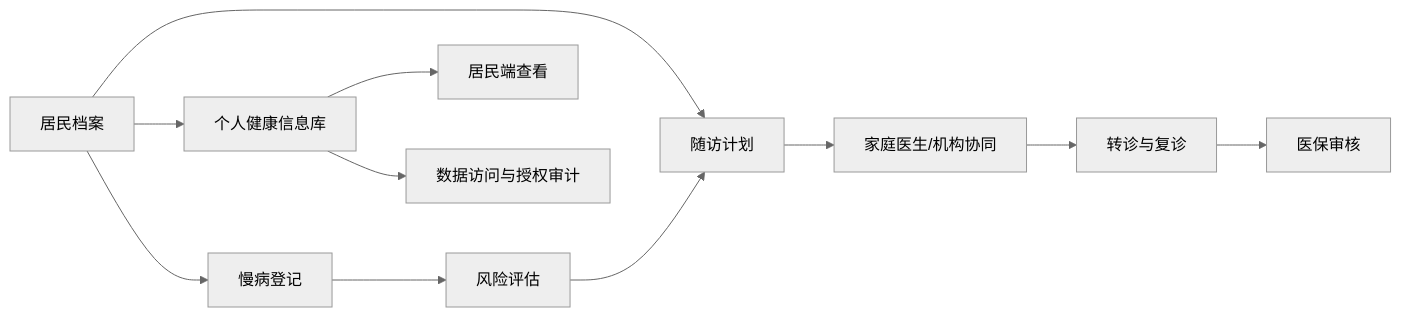
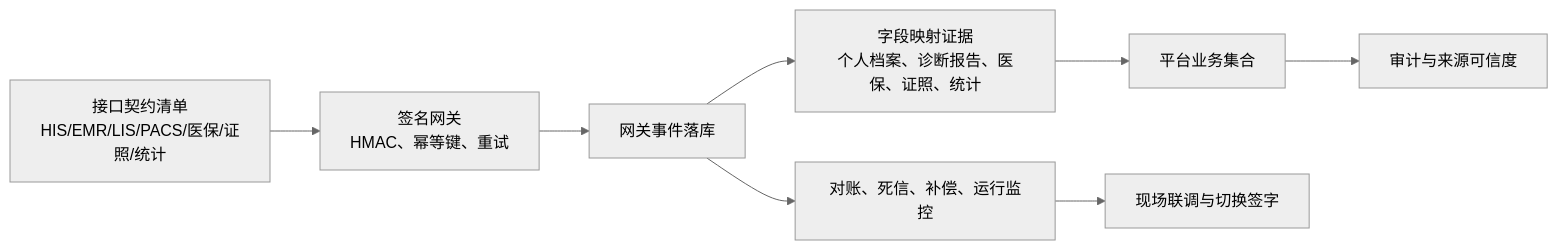
One commit to xujiann/chronic-care-platform changed the fourth of 5 diagrams in docs/system-flow.md. Above: the diagram before and after it, drawn with Mermaid (neutral theme). The commit also changed other lines of this file and 16 other files, not shown here.

````diff
--- a/docs/system-flow.md
+++ b/docs/system-flow.md
@@ -27,13 +142,10 @@
 ```mermaid
 flowchart LR
-  Resident["居民档案"] --> ChronicReg["慢病登记"]
-  Resident --> Followup["随访计划"]
-  Resident --> PersonalRecords["个人健康信息库"]
-  ChronicReg --> Risk["风险评估"]
-  Risk --> Followup
-  Followup --> Doctor["家庭医生/机构协同"]
-  Doctor --> Referral["转诊与复诊"]
-  Referral --> Insurance["医保审核"]
-  PersonalRecords --> Citizen["居民端查看"]
-  PersonalRecords --> Audit["数据访问与授权审计"]
+  Contract["接口契约清单<br/>HIS/EMR/LIS/PACS/医保/证照/统计"] --> Gateway["签名网关<br/>HMAC、幂等键、重试"]
+  Gateway --> Event["网关事件落库"]
+  Event --> Mapping["字段映射证据<br/>个人档案、诊断报告、医保、证照、统计"]
+  Mapping --> Business["平台业务集合"]
+  Event --> Monitor["对账、死信、补偿、运行监控"]
+  Business --> Audit["审计与来源可信度"]
+  Monitor --> Cutover["现场联调与切换签字"]
 ```
````
